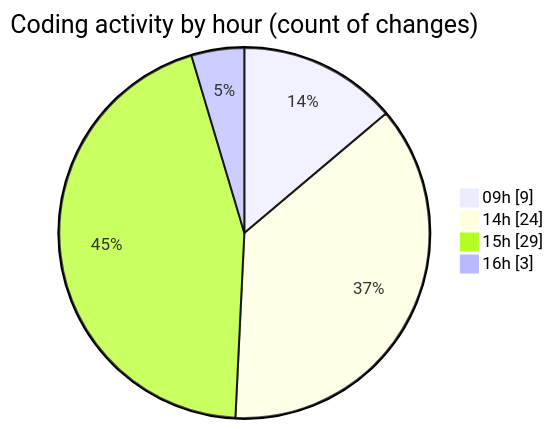
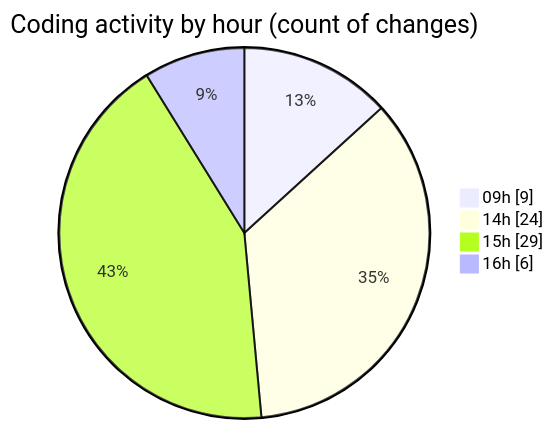
The second of 2 diagrams in 2025-11-25/eventscop-frontend-guide__workspace_/README.md (julien-gomy/code-tracking), drawn with Mermaid before and after one commit. The commit also changed other lines of this file and 1 other file, not shown here.

````diff
--- a/2025-11-25/eventscop-frontend-guide__workspace_/README.md
+++ b/2025-11-25/eventscop-frontend-guide__workspace_/README.md
@@ -44,8 +45,8 @@
 ```mermaid
 pie showData
 title Coding activity by hour (count of changes)
 "09h" : 9
 "14h" : 24
 "15h" : 29
-"16h" : 3
+"16h" : 6
 ```
````
